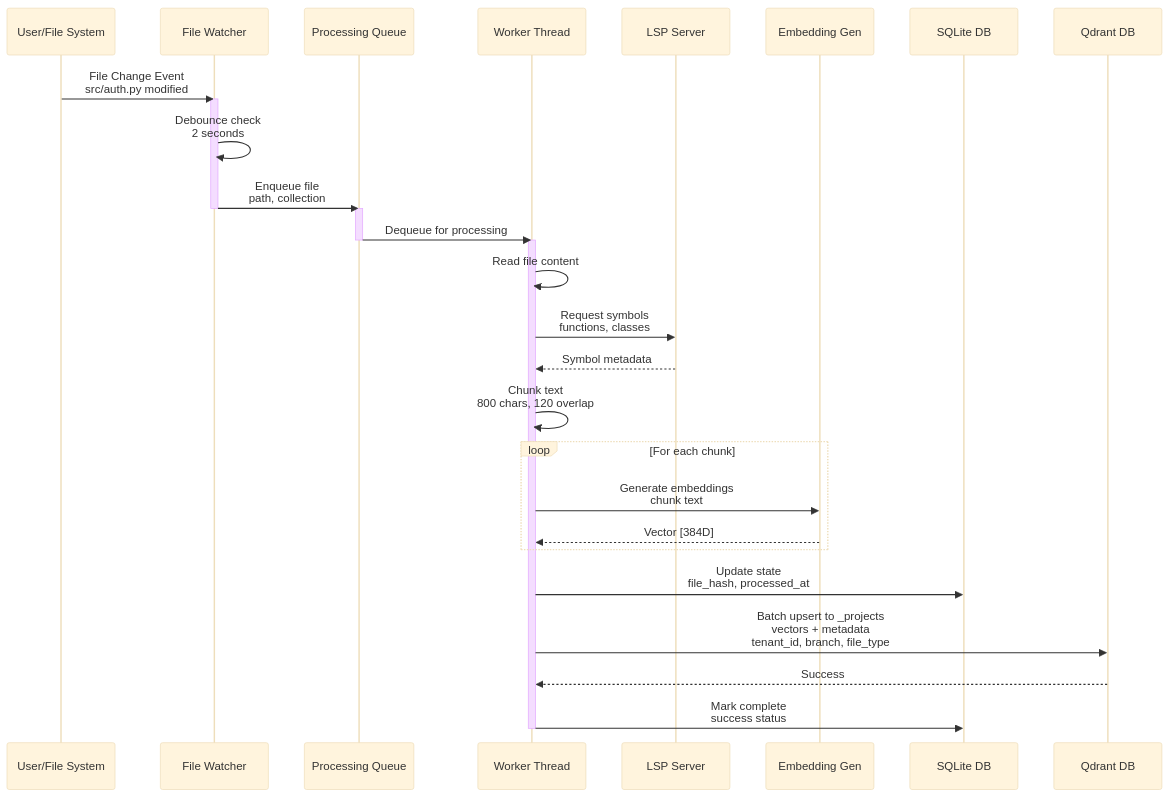
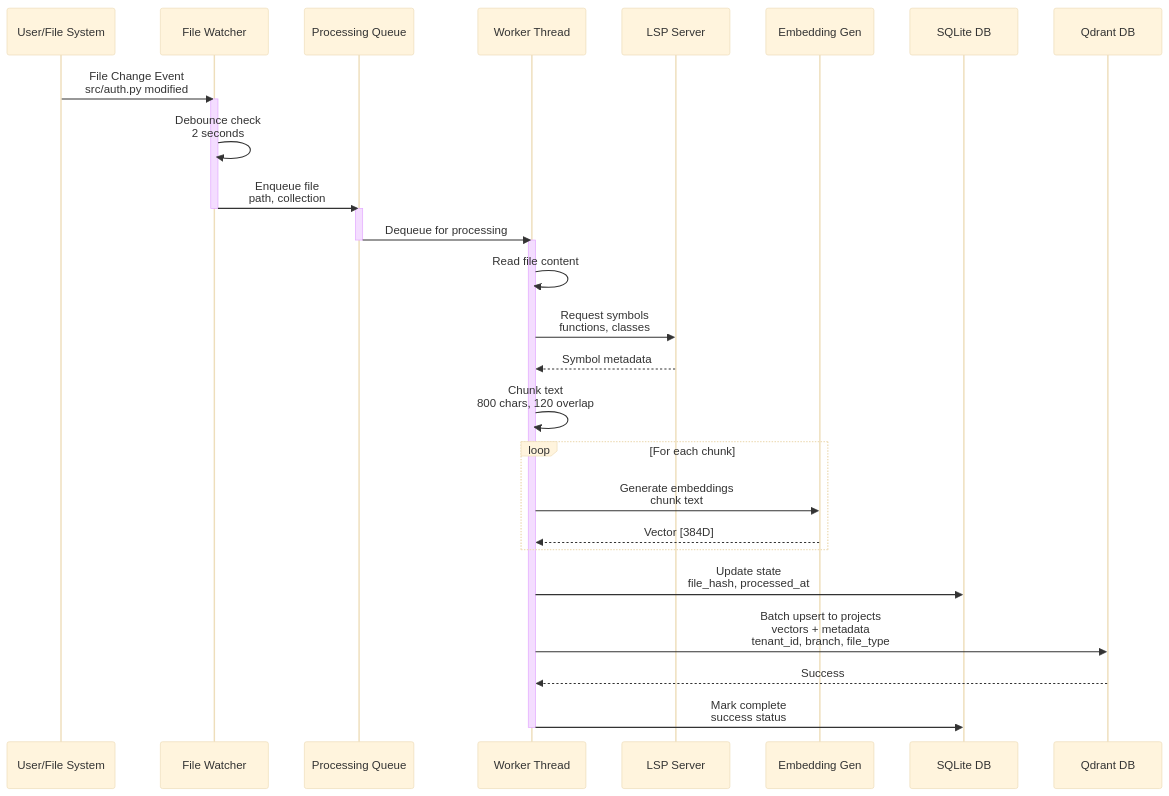
One commit to ChrisGVE/workspace-qdrant-mcp changed diagram 11 of 13 in docs/ARCHITECTURE.md. Above: the diagram before and after it, drawn with Mermaid (base theme). The commit also changed other lines of this file and 1 other file, not shown here.

First line of the commit message:
docs: consolidate documentation and align with canonical architecture

````diff
--- a/docs/ARCHITECTURE.md
+++ b/docs/ARCHITECTURE.md
@@ -710,42 +709,42 @@
 ```mermaid
 sequenceDiagram
     participant User as User/File System
     participant Watcher as File Watcher
     participant Queue as Processing Queue
     participant Worker as Worker Thread
     participant LSP as LSP Server
     participant Embed as Embedding Gen
     participant SQLite as SQLite DB
     participant Qdrant as Qdrant DB
 
     User->>Watcher: File Change Event<br/>src/auth.py modified
 
     activate Watcher
     Watcher->>Watcher: Debounce check<br/>2 seconds
     Watcher->>Queue: Enqueue file<br/>path, collection
     deactivate Watcher
 
     activate Queue
     Queue->>Worker: Dequeue for processing
     deactivate Queue
 
     activate Worker
     Worker->>Worker: Read file content
     Worker->>LSP: Request symbols<br/>functions, classes
     LSP-->>Worker: Symbol metadata
 
     Worker->>Worker: Chunk text<br/>800 chars, 120 overlap
 
     loop For each chunk
         Worker->>Embed: Generate embeddings<br/>chunk text
         Embed-->>Worker: Vector [384D]
     end
 
     Worker->>SQLite: Update state<br/>file_hash, processed_at
 
-    Worker->>Qdrant: Batch upsert to _projects<br/>vectors + metadata<br/>tenant_id, branch, file_type
+    Worker->>Qdrant: Batch upsert to projects<br/>vectors + metadata<br/>tenant_id, branch, file_type
     Qdrant-->>Worker: Success
 
     Worker->>SQLite: Mark complete<br/>success status
     deactivate Worker
 ```
````
